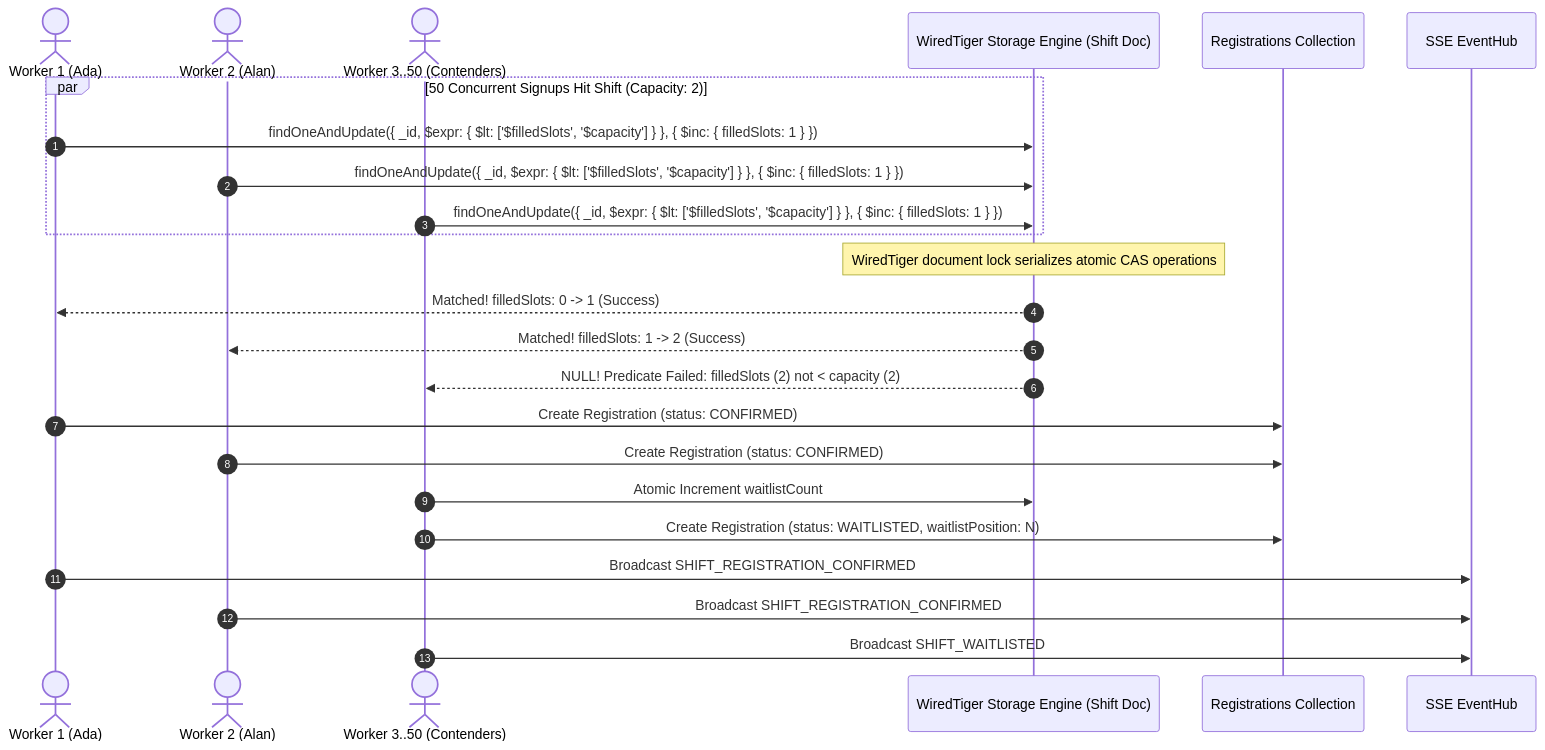
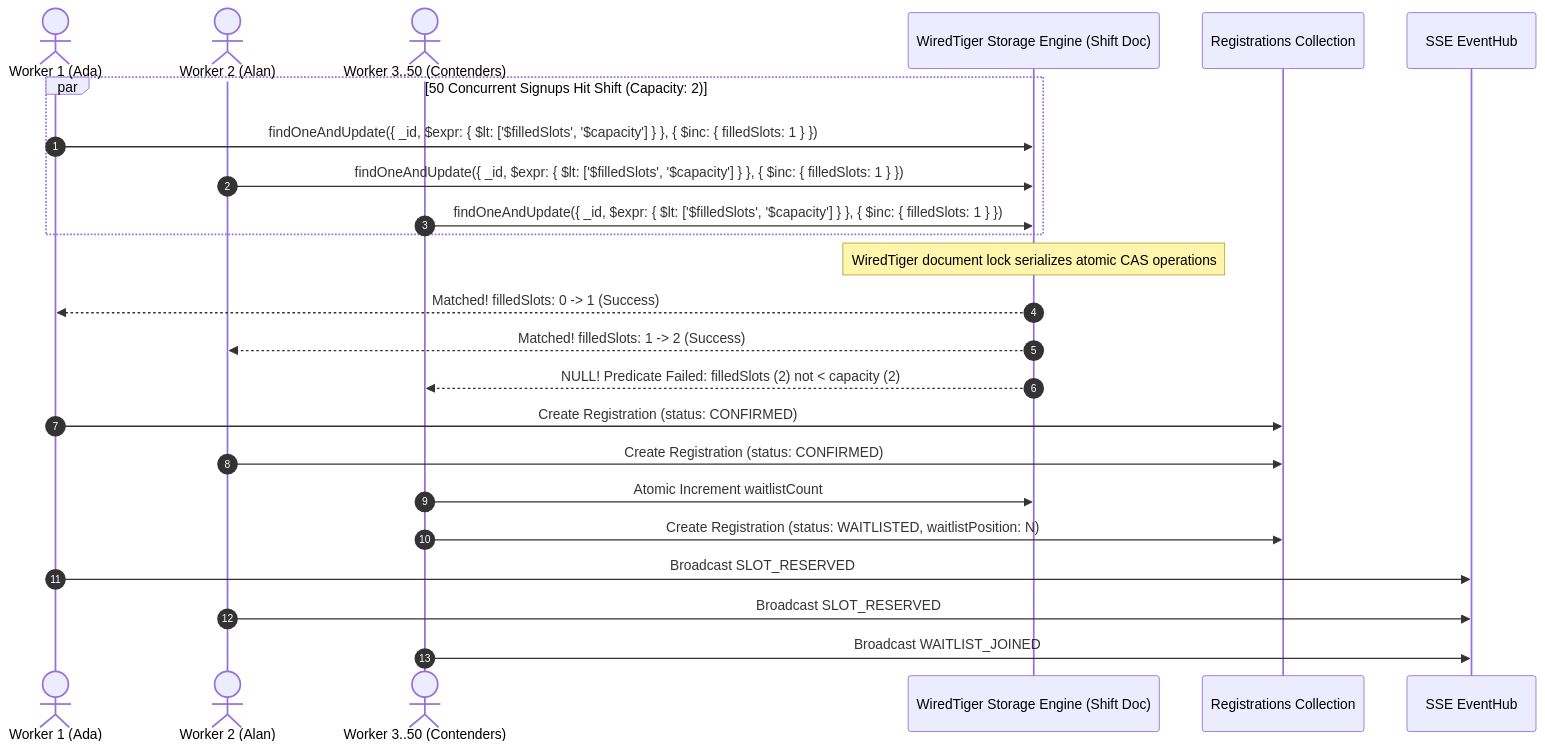
The third of 10 diagrams in ARCHITECTURE.md (aritroBh/HackIllinois-2027-Systems-Coding-Challenge), drawn with Mermaid before and after one commit. The commit also changed other lines of this file and 89 other files, not shown here.

````diff
--- a/ARCHITECTURE.md
+++ b/ARCHITECTURE.md
@@ -261,30 +263,30 @@
 ```mermaid
 sequenceDiagram
     autonumber
     actor WorkerA as Worker 1 (Ada)
     actor WorkerB as Worker 2 (Alan)
     actor WorkerC as Worker 3..50 (Contenders)
     participant WT as WiredTiger Storage Engine (Shift Doc)
     participant Reg as Registrations Collection
     participant Hub as SSE EventHub
 
     par 50 Concurrent Signups Hit Shift (Capacity: 2)
         WorkerA->>WT: findOneAndUpdate({ _id, $expr: { $lt: ['$filledSlots', '$capacity'] } }, { $inc: { filledSlots: 1 } })
         WorkerB->>WT: findOneAndUpdate({ _id, $expr: { $lt: ['$filledSlots', '$capacity'] } }, { $inc: { filledSlots: 1 } })
         WorkerC->>WT: findOneAndUpdate({ _id, $expr: { $lt: ['$filledSlots', '$capacity'] } }, { $inc: { filledSlots: 1 } })
     end
 
     Note over WT: WiredTiger document lock serializes atomic CAS operations
     WT-->>WorkerA: Matched! filledSlots: 0 -> 1 (Success)
     WT-->>WorkerB: Matched! filledSlots: 1 -> 2 (Success)
     WT-->>WorkerC: NULL! Predicate Failed: filledSlots (2) not < capacity (2)
 
     WorkerA->>Reg: Create Registration (status: CONFIRMED)
     WorkerB->>Reg: Create Registration (status: CONFIRMED)
     WorkerC->>WT: Atomic Increment waitlistCount
     WorkerC->>Reg: Create Registration (status: WAITLISTED, waitlistPosition: N)
 
-    WorkerA->>Hub: Broadcast SHIFT_REGISTRATION_CONFIRMED
-    WorkerB->>Hub: Broadcast SHIFT_REGISTRATION_CONFIRMED
-    WorkerC->>Hub: Broadcast SHIFT_WAITLISTED
+    WorkerA->>Hub: Broadcast SLOT_RESERVED
+    WorkerB->>Hub: Broadcast SLOT_RESERVED
+    WorkerC->>Hub: Broadcast WAITLIST_JOINED
 ```
````
